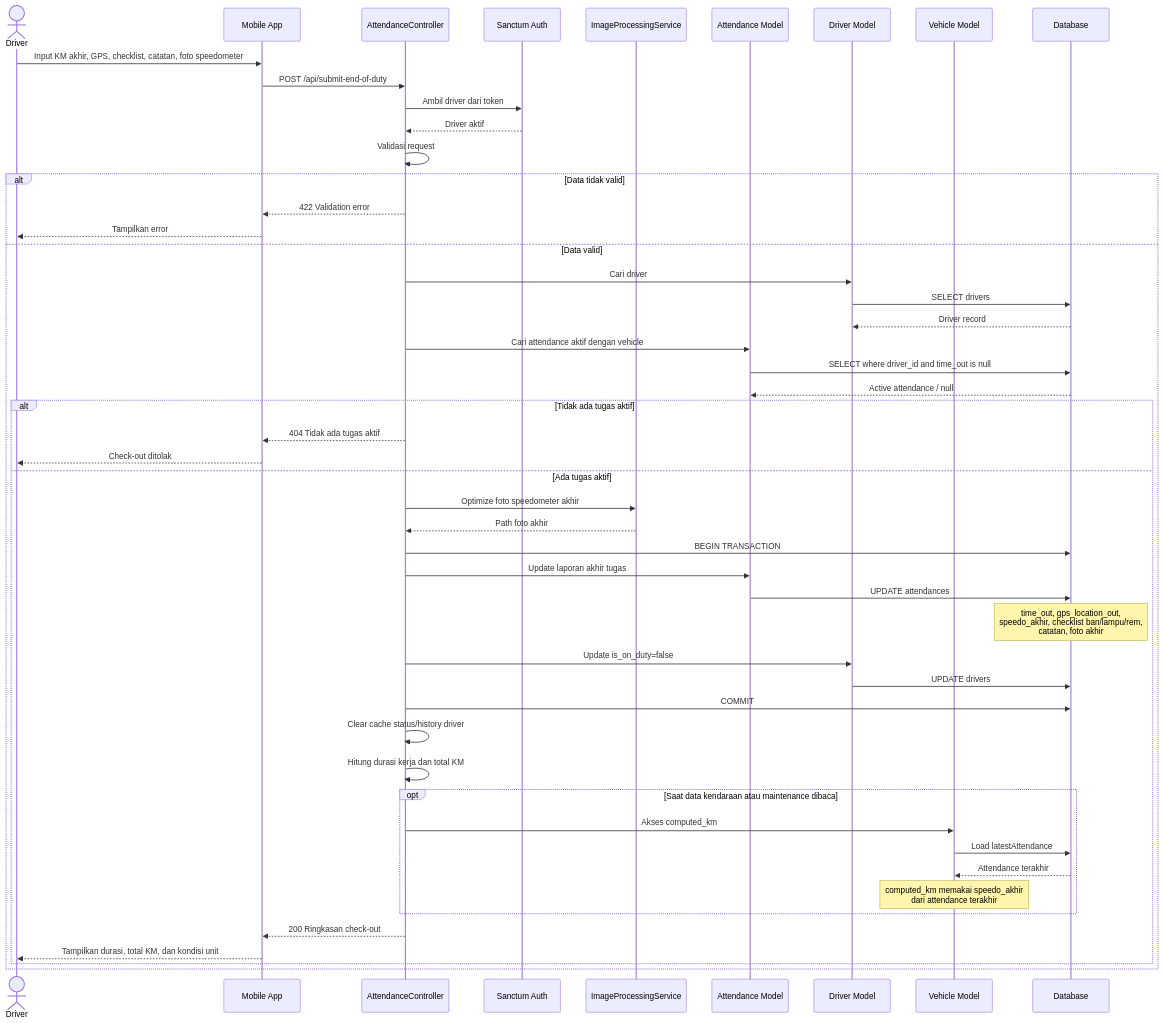
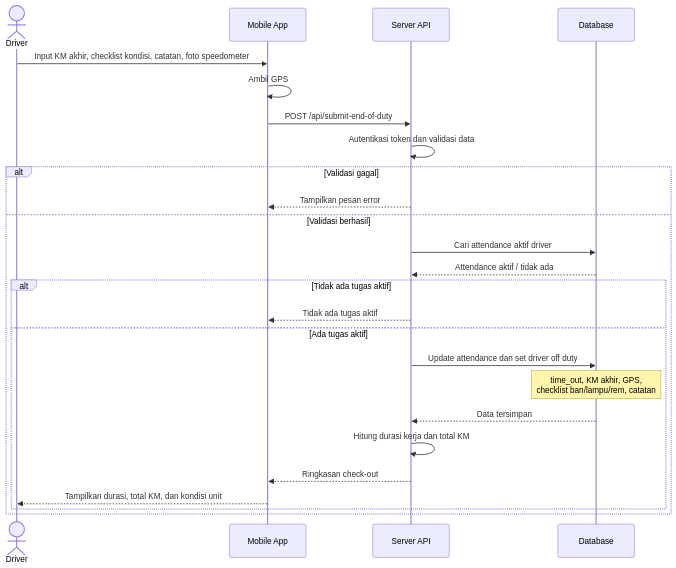
Before and after one commit to rohandev19/Absen-Driver: the third of 4 diagrams in docs/sequence_diagram_absensi_core.md, drawn with Mermaid. The commit also changed other lines of this file and 43 other files, not shown here.

````diff
--- a/docs/sequence_diagram_absensi_core.md
+++ b/docs/sequence_diagram_absensi_core.md
@@ -162,61 +100,31 @@
 ```mermaid
 sequenceDiagram
     actor Driver
     participant App as Mobile App
-    participant API as AttendanceController
-    participant Auth as Sanctum Auth
-    participant ImageSvc as ImageProcessingService
-    participant Attendance as Attendance Model
-    participant DriverModel as Driver Model
-    participant Vehicle as Vehicle Model
+    participant API as Server API
     participant DB as Database
 
-    Driver->>App: Input KM akhir, GPS, checklist, catatan, foto speedometer
+    Driver->>App: Input KM akhir, checklist kondisi, catatan, foto speedometer
+    App->>App: Ambil GPS
     App->>API: POST /api/submit-end-of-duty
-    API->>Auth: Ambil driver dari token
-    Auth-->>API: Driver aktif
-    API->>API: Validasi request
+    API->>API: Autentikasi token dan validasi data
 
-    alt Data tidak valid
-        API-->>App: 422 Validation error
-        App-->>Driver: Tampilkan error
-    else Data valid
-        API->>DriverModel: Cari driver
-        DriverModel->>DB: SELECT drivers
-        DB-->>DriverModel: Driver record
-
-        API->>Attendance: Cari attendance aktif dengan vehicle
-        Attendance->>DB: SELECT where driver_id and time_out is null
-        DB-->>Attendance: Active attendance / null
+    alt Validasi gagal
+        API-->>App: Tampilkan pesan error
+    else Validasi berhasil
+        API->>DB: Cari attendance aktif driver
+        DB-->>API: Attendance aktif / tidak ada
 
         alt Tidak ada tugas aktif
-            API-->>App: 404 Tidak ada tugas aktif
-            App-->>Driver: Check-out ditolak
+            API-->>App: Tidak ada tugas aktif
         else Ada tugas aktif
-            API->>ImageSvc: Optimize foto speedometer akhir
-            ImageSvc-->>API: Path foto akhir
+            API->>DB: Update attendance dan set driver off duty
+            Note over DB: time_out, KM akhir, GPS,<br/>checklist ban/lampu/rem, catatan
+            DB-->>API: Data tersimpan
 
-            API->>DB: BEGIN TRANSACTION
-            API->>Attendance: Update laporan akhir tugas
-            Attendance->>DB: UPDATE attendances
-            Note over DB: time_out, gps_location_out,<br/>speedo_akhir, checklist ban/lampu/rem,<br/>catatan, foto akhir
-
-            API->>DriverModel: Update is_on_duty=false
-            DriverModel->>DB: UPDATE drivers
-            API->>DB: COMMIT
-
-            API->>API: Clear cache status/history driver
             API->>API: Hitung durasi kerja dan total KM
-
-            opt Saat data kendaraan atau maintenance dibaca
-                API->>Vehicle: Akses computed_km
-                Vehicle->>DB: Load latestAttendance
-                DB-->>Vehicle: Attendance terakhir
-                Note over Vehicle: computed_km memakai speedo_akhir<br/>dari attendance terakhir
-            end
-
-            API-->>App: 200 Ringkasan check-out
+            API-->>App: Ringkasan check-out
             App-->>Driver: Tampilkan durasi, total KM, dan kondisi unit
         end
     end
 ```
````
